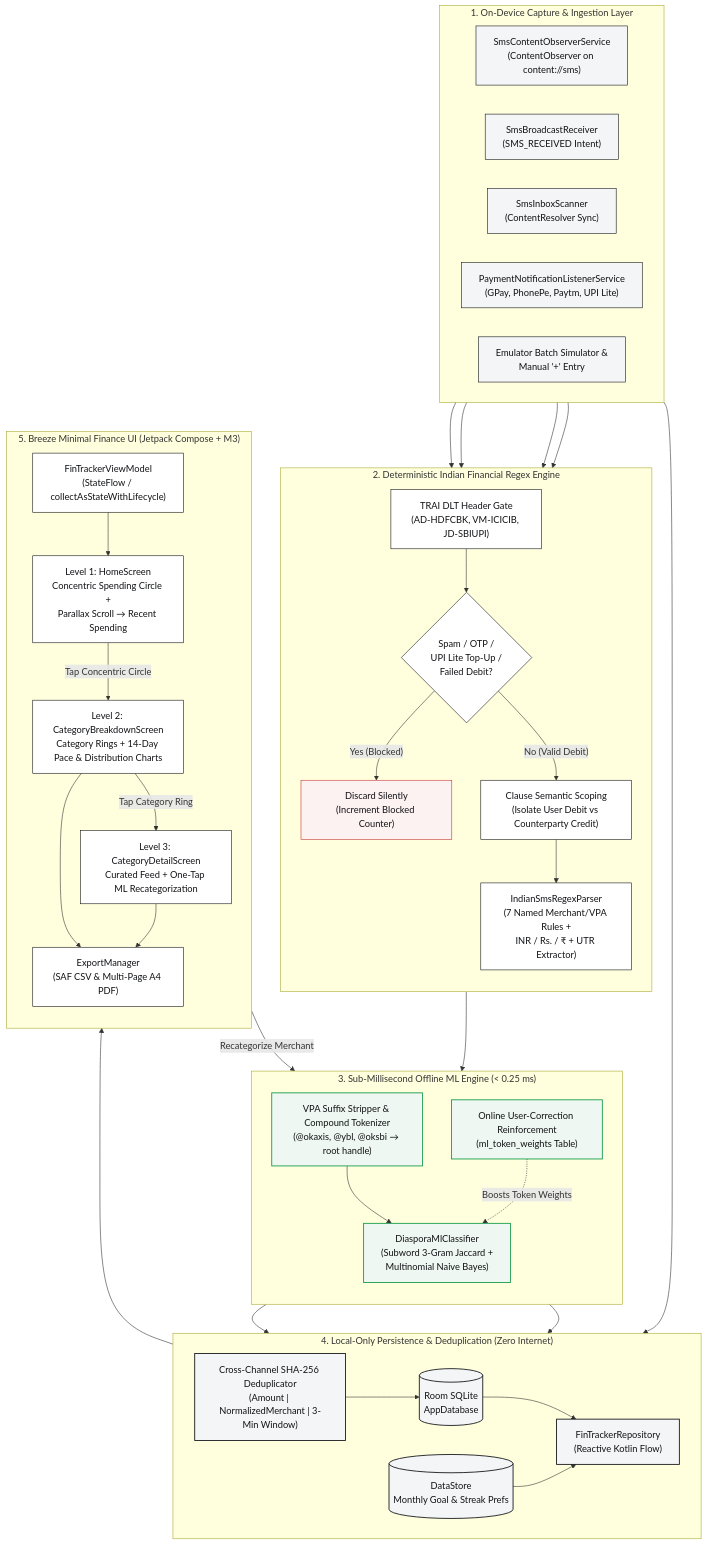
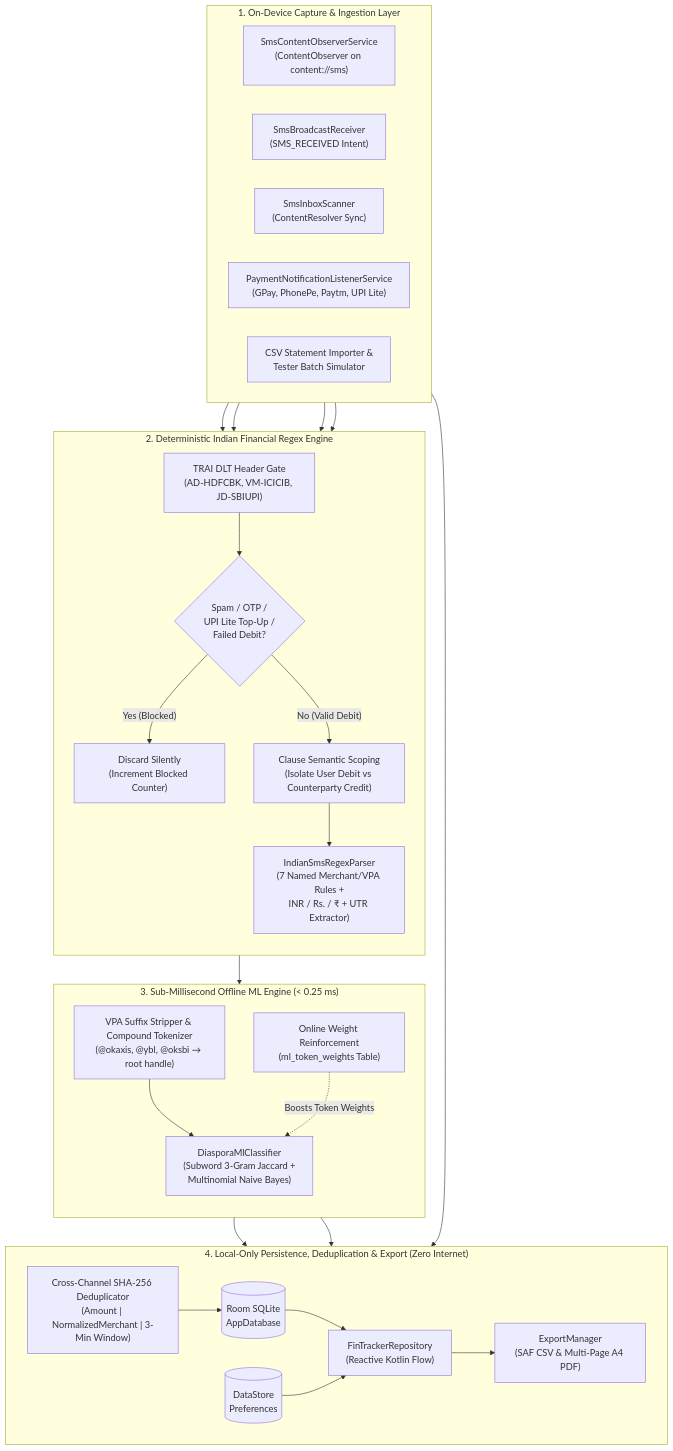
The diagram in README.md (Piyush2232/FinTracker), drawn with Mermaid before and after one commit. The commit also changed other lines of this file and 36 other files, not shown here.

````diff
--- a/README.md
+++ b/README.md
@@ -81,7 +75,7 @@
         BRC["SmsBroadcastReceiver<br/>(SMS_RECEIVED Intent)"]
         SCN["SmsInboxScanner<br/>(ContentResolver Sync)"]
         NLS["PaymentNotificationListenerService<br/>(GPay, PhonePe, Paytm, UPI Lite)"]
-        SIM["Emulator Batch Simulator &<br/>Manual '+' Entry"]
+        CSV["CSV Statement Importer &<br/>Tester Batch Simulator"]
     end
 
     %% Deterministic Parsing Layer
@@ -99,25 +93,16 @@
         direction TB
         TOKEN["VPA Suffix Stripper & Compound Tokenizer<br/>(@okaxis, @ybl, @oksbi → root handle)"]
         NB["DiasporaMlClassifier<br/>(Subword 3-Gram Jaccard +<br/>Multinomial Naive Bayes)"]
-        LEARN["Online User-Correction Reinforcement<br/>(ml_token_weights Table)"]
+        LEARN["Online Weight Reinforcement<br/>(ml_token_weights Table)"]
     end
 
     %% Persistence & Dedup Layer
-    subgraph Data["4. Local-Only Persistence & Deduplication (Zero Internet)"]
+    subgraph Data["4. Local-Only Persistence, Deduplication & Export (Zero Internet)"]
         direction LR
         DEDUP["Cross-Channel SHA-256 Deduplicator<br/>(Amount | NormalizedMerchant | 3-Min Window)"]
         ROOM[("Room SQLite<br/>AppDatabase")]
-        DSTORE[("DataStore<br/>Monthly Goal & Streak Prefs")]
+        DSTORE[("DataStore<br/>Preferences")]
         REPO["FinTrackerRepository<br/>(Reactive Kotlin Flow)"]
-    end
-
-    %% UI & Export Layer
-    subgraph UI["5. Breeze Minimal Finance UI (Jetpack Compose + M3)"]
-        direction TB
-        VM["FinTrackerViewModel<br/>(StateFlow / collectAsStateWithLifecycle)"]
-        L1["Level 1: HomeScreen<br/>Concentric Spending Circle +<br/>Parallax Scroll → Recent Spending"]
-        L2["Level 2: CategoryBreakdownScreen<br/>Category Rings + 14-Day Pace & Distribution Charts"]
-        L3["Level 3: CategoryDetailScreen<br/>Curated Feed + One-Tap ML Recategorization"]
         EXP["ExportManager<br/>(SAF CSV & Multi-Page A4 PDF)"]
     end
 
@@ -130,30 +115,10 @@
     REGEX --> TOKEN
     TOKEN --> NB
     NB --> DEDUP
-    SIM --> DEDUP
+    CSV --> DEDUP
     DEDUP --> ROOM
     ROOM & DSTORE --> REPO
-    REPO --> VM
-    VM --> L1
-    L1 -- "Tap Concentric Circle" --> L2
-    L2 -- "Tap Category Ring" --> L3
-    L3 -- "Recategorize Merchant" --> LEARN
+    REPO --> EXP
     LEARN -. "Boosts Token Weights" .-> NB
     LEARN --> ROOM
-    L2 & L3 --> EXP
-
-    %% Styling
-    classDef captureNode fill:#F3F5F7,stroke:#121316,stroke-width:1px,color:#121316
-    classDef parserNode fill:#FFFFFF,stroke:#121316,stroke-width:1px,color:#121316
-    classDef mlNode fill:#EEF7F1,stroke:#159A49,stroke-width:1.5px,color:#121316
-    classDef dropNode fill:#FDF2F2,stroke:#C83232,stroke-width:1px,color:#121316
-    classDef dataNode fill:#F3F5F7,stroke:#121316,stroke-width:1.5px,color:#121316
-    classDef uiNode fill:#FFFFFF,stroke:#121316,stroke-width:1px,color:#121316
-
-    class OBS,BRC,SCN,NLS,SIM captureNode
-    class DLT,SPAM,CLAUSE,REGEX parserNode
-    class DROP dropNode
-    class TOKEN,NB,LEARN mlNode
-    class DEDUP,ROOM,DSTORE,REPO dataNode
-    class VM,L1,L2,L3,EXP uiNode
 ```
````
